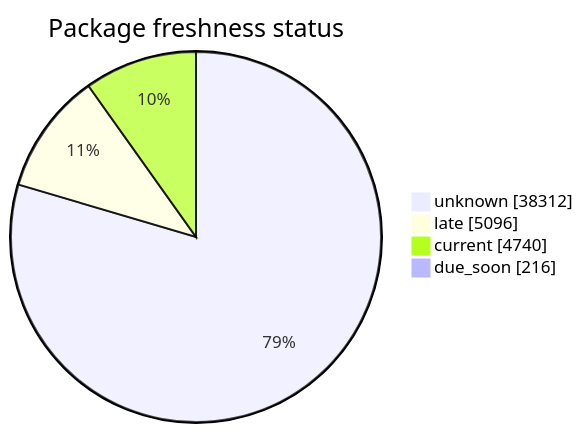
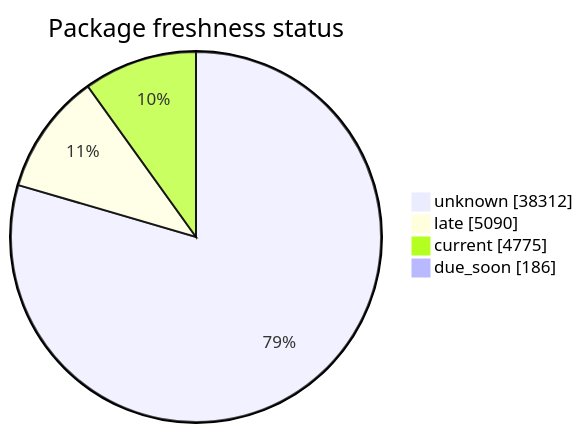
One commit to open-data/analytics-corporate-reporting changed the second of 5 diagrams in FreshCheck/README.md. Above: the diagram before and after it, drawn with Mermaid. The commit also changed other lines of this file and 3 other files, not shown here.

````diff
--- a/FreshCheck/README.md
+++ b/FreshCheck/README.md
@@ -68,7 +68,7 @@
 ```mermaid
 pie showData title Package freshness status
     "unknown": 38312
-    "late": 5096
-    "current": 4740
-    "due_soon": 216
+    "late": 5090
+    "current": 4775
+    "due_soon": 186
 ```
````
